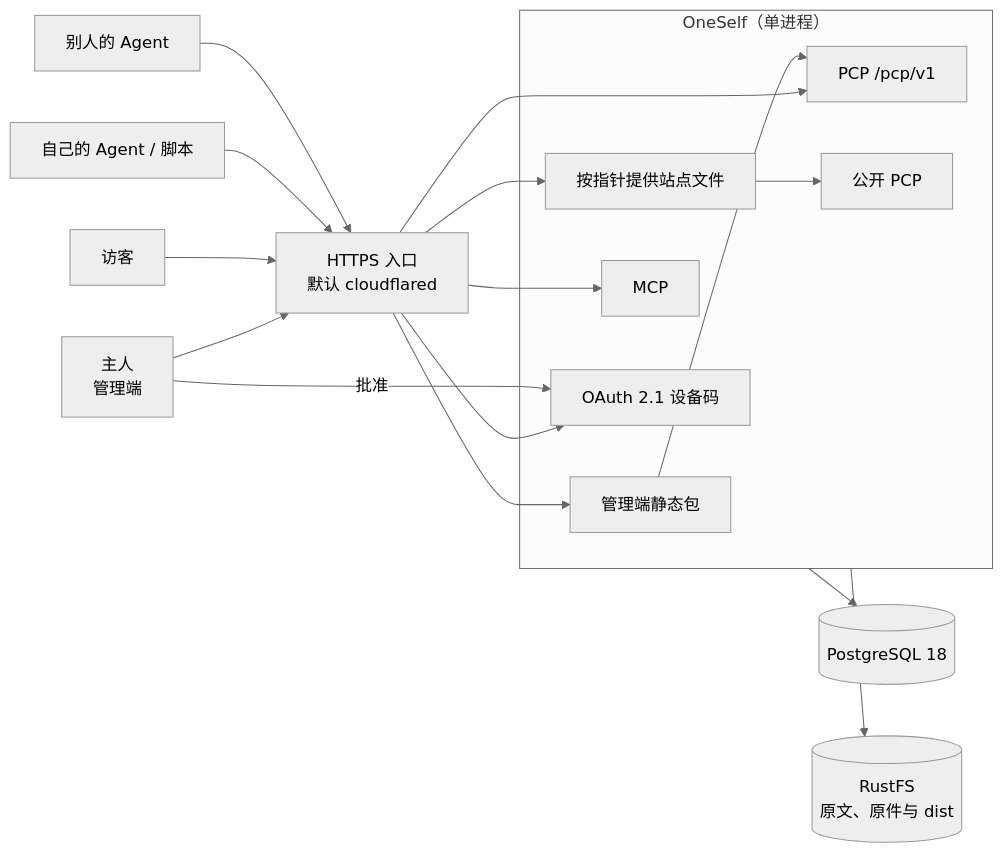
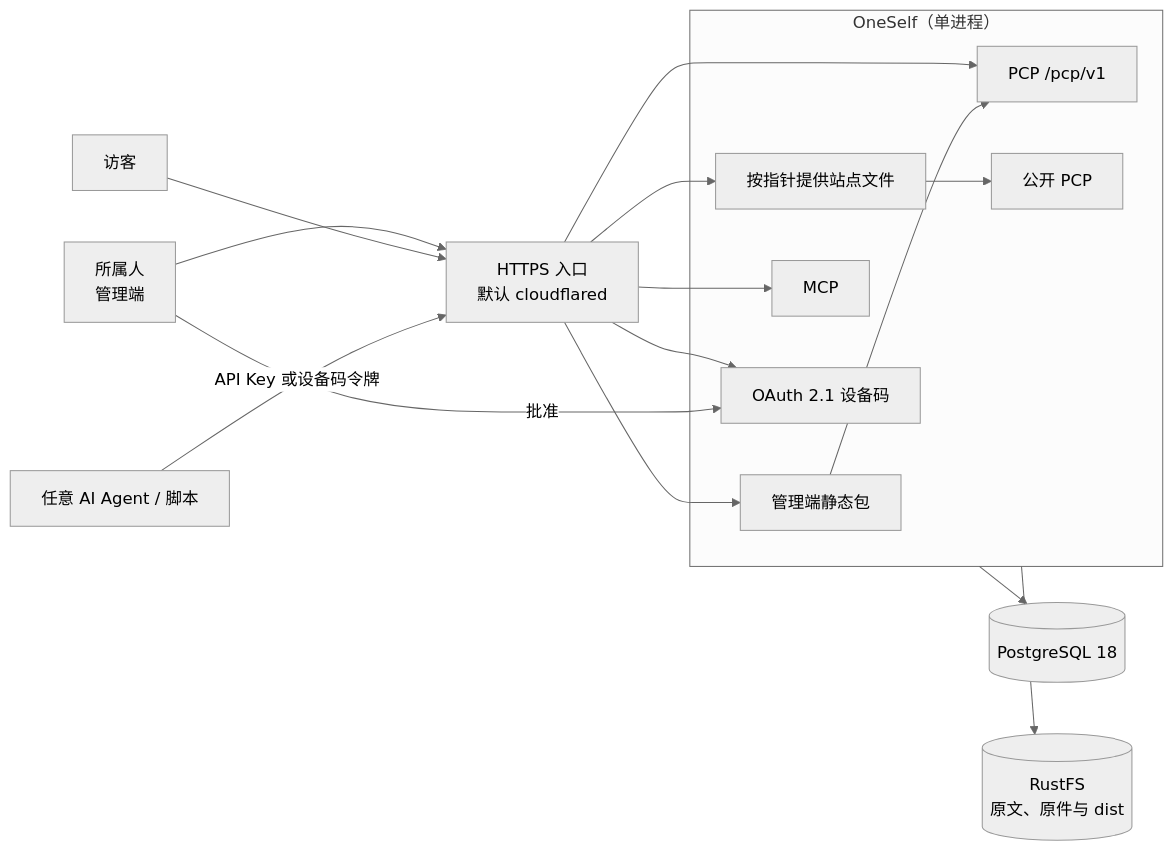
One commit to ptonlix/OneSelf changed the first of 2 diagrams in docs/ARCHITECTURE.md. Above: the diagram before and after it, drawn with Mermaid (neutral theme). The commit also changed other lines of this file and 16 other files, not shown here.

First line of the commit message:
docs: unify terminology and redraw architecture diagram

````diff
--- a/docs/ARCHITECTURE.md
+++ b/docs/ARCHITECTURE.md
@@ -49,33 +49,31 @@
 ```mermaid
 flowchart LR
-    Owner["主人<br/>管理端"]
+    Owner["所属人<br/>管理端"]
     Visitor["访客"]
-    OwnAgent["自己的 Agent / 脚本"]
-    OtherAgent["别人的 Agent"]
+    Agent["任意 AI Agent / 脚本"]
     Front["HTTPS 入口<br/>默认 cloudflared"]
 
     subgraph App["OneSelf（单进程）"]
         Admin["管理端静态包"]
         Sites["按指针提供站点文件"]
         API["PCP /pcp/v1"]
         Public["公开 PCP"]
         MCP["MCP"]
         OAuth["OAuth 2.1 设备码"]
     end
 
     Owner --> Front
     Visitor --> Front
-    OwnAgent --> Front
-    OtherAgent --> Front
+    Agent -->|API Key 或设备码令牌| Front
     Front --> Admin
     Front --> Sites
     Front --> API
     Front --> MCP
     Front --> OAuth
     Admin --> API
     Sites --> Public
     Owner -->|批准| OAuth
 
     App --> PG[("PostgreSQL 18")]
     App --> Blob[("RustFS<br/>原文、原件与 dist")]
 ```
````
